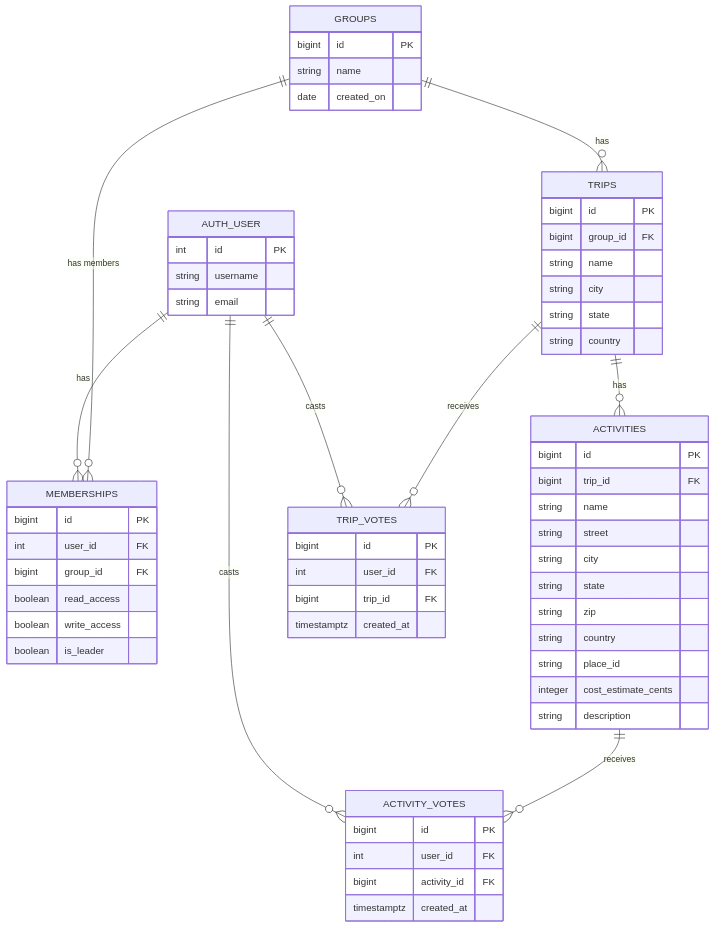
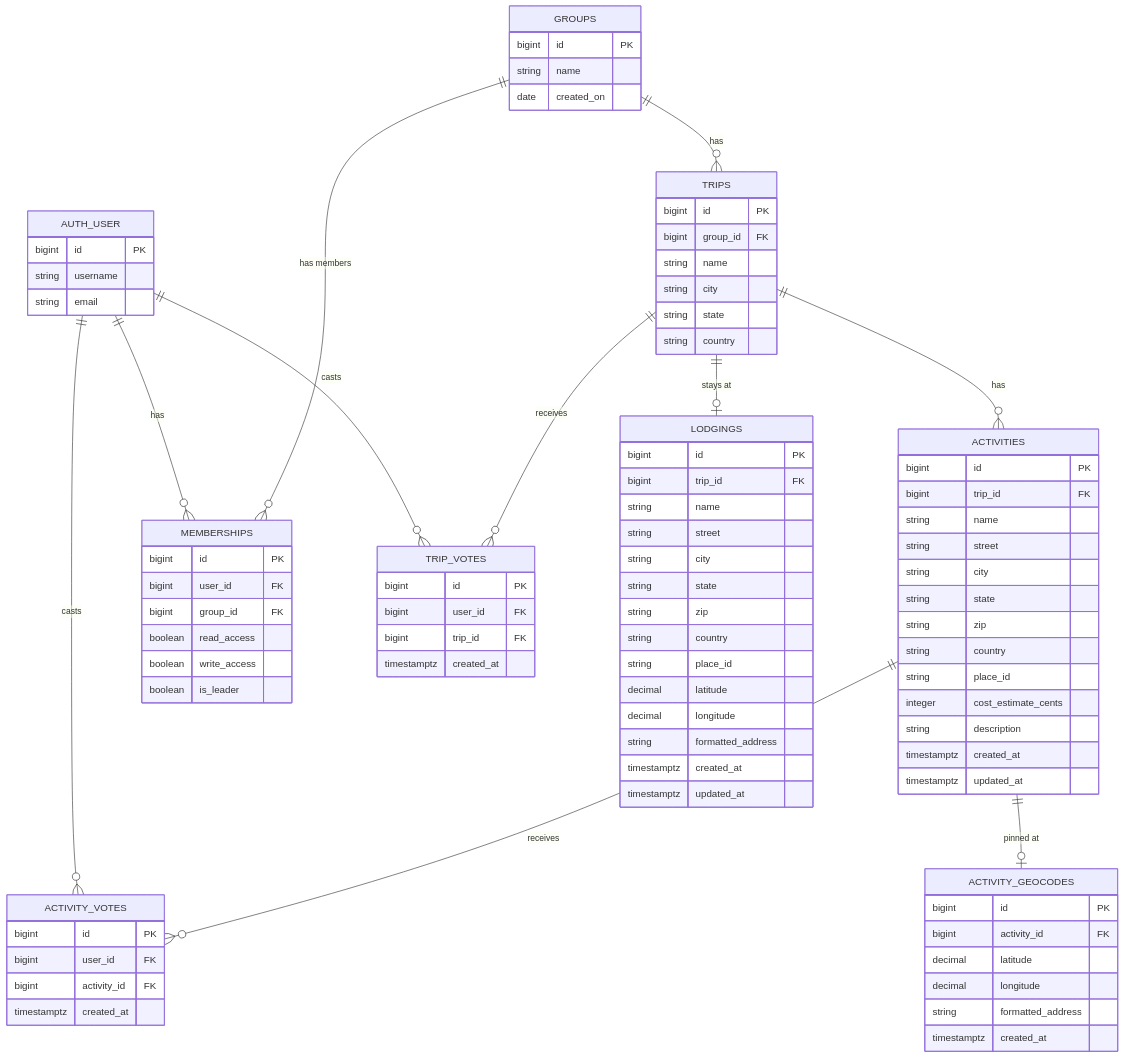
One commit to BoximusMaximus/TripSync changed the diagram in resources/README.md. Above: the diagram before and after it, drawn with Mermaid. The commit also changed other lines of this file and 7 other files, not shown here.

First line of the commit message:
docs: activity_geocodes + lodgings + timestamps in the ERD trio; align the activities spec and Backend.md with the implemented routes; add the rebuild plan

````diff
--- a/resources/README.md
+++ b/resources/README.md
@@ -64,16 +64,18 @@
 ```mermaid
 erDiagram
+    GROUPS ||--o{ TRIPS : has
+    TRIPS ||--o{ ACTIVITIES : has
     AUTH_USER ||--o{ MEMBERSHIPS : has
     GROUPS ||--o{ MEMBERSHIPS : "has members"
-    GROUPS ||--o{ TRIPS : has
-    TRIPS ||--o{ ACTIVITIES : has
     AUTH_USER ||--o{ TRIP_VOTES : casts
     TRIPS ||--o{ TRIP_VOTES : receives
     AUTH_USER ||--o{ ACTIVITY_VOTES : casts
     ACTIVITIES ||--o{ ACTIVITY_VOTES : receives
+    ACTIVITIES ||--o| ACTIVITY_GEOCODES : "pinned at"
+    TRIPS ||--o| LODGINGS : "stays at"
 
     AUTH_USER {
-        int id PK
+        bigint id PK
         string username
         string email
     }
@@ -84,7 +86,7 @@
     }
     MEMBERSHIPS {
         bigint id PK
-        int user_id FK
+        bigint user_id FK
         bigint group_id FK
         boolean read_access
         boolean write_access
@@ -110,16 +112,42 @@
         string place_id
         integer cost_estimate_cents
         string description
+        timestamptz created_at
+        timestamptz updated_at
+    }
+    ACTIVITY_GEOCODES {
+        bigint id PK
+        bigint activity_id FK
+        decimal latitude
+        decimal longitude
+        string formatted_address
+        timestamptz created_at
+    }
+    LODGINGS {
+        bigint id PK
+        bigint trip_id FK
+        string name
+        string street
+        string city
+        string state
+        string zip
+        string country
+        string place_id
+        decimal latitude
+        decimal longitude
+        string formatted_address
+        timestamptz created_at
+        timestamptz updated_at
     }
     TRIP_VOTES {
         bigint id PK
-        int user_id FK
+        bigint user_id FK
         bigint trip_id FK
         timestamptz created_at
     }
     ACTIVITY_VOTES {
         bigint id PK
-        int user_id FK
+        bigint user_id FK
         bigint activity_id FK
         timestamptz created_at
     }
````
